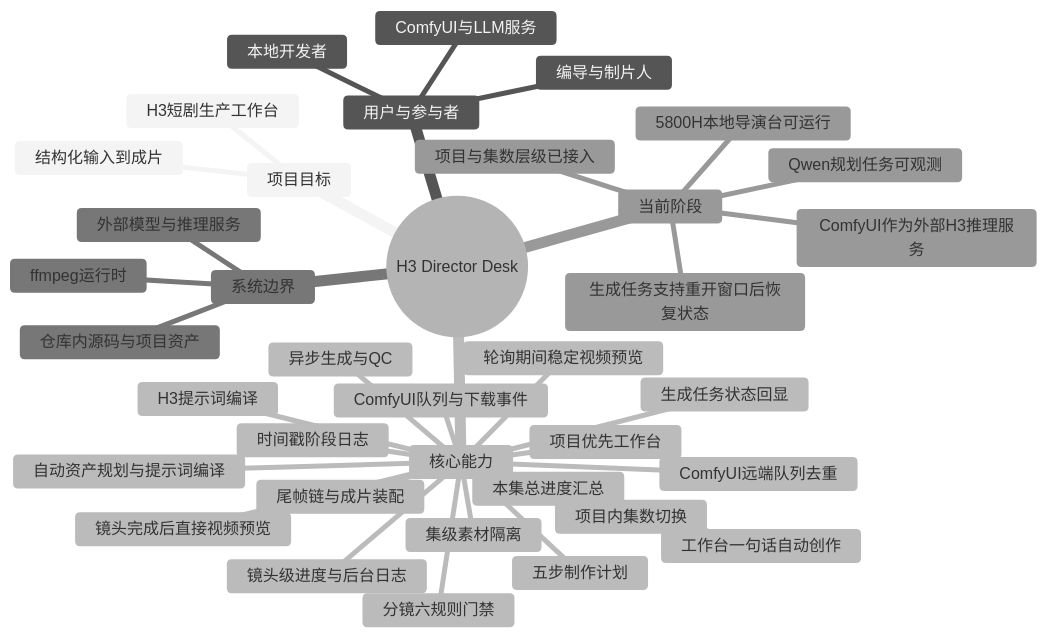
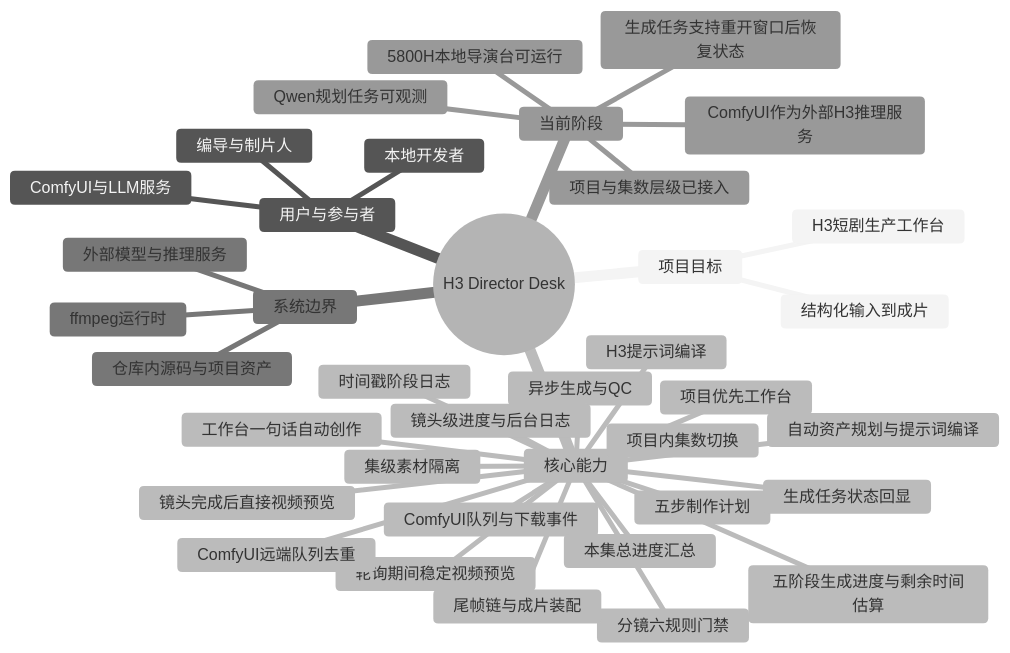
The diagram in docs/project-evolution/mindmaps/project-overview.md (Exalex/h3-director-desk), drawn with Mermaid (neutral theme) before and after one commit. The commit also changed 13 other files, not shown here.

````diff
--- a/docs/project-evolution/mindmaps/project-overview.md
+++ b/docs/project-evolution/mindmaps/project-overview.md
@@ -3,40 +3,41 @@
 ```mermaid
 mindmap
   root((H3 Director Desk))
     项目目标
       H3短剧生产工作台
       结构化输入到成片
     用户与参与者
       编导与制片人
       本地开发者
       ComfyUI与LLM服务
     核心能力
       项目优先工作台
       项目内集数切换
       集级素材隔离
       五步制作计划
       分镜六规则门禁
       H3提示词编译
       异步生成与QC
       生成任务状态回显
       时间戳阶段日志
       ComfyUI队列与下载事件
       轮询期间稳定视频预览
+      五阶段生成进度与剩余时间估算
       ComfyUI远端队列去重
       镜头级进度与后台日志
       本集总进度汇总
       镜头完成后直接视频预览
       工作台一句话自动创作
       自动资产规划与提示词编译
       尾帧链与成片装配
     系统边界
       仓库内源码与项目资产
       外部模型与推理服务
       ffmpeg运行时
     当前阶段
       5800H本地导演台可运行
       项目与集数层级已接入
       Qwen规划任务可观测
       ComfyUI作为外部H3推理服务
       生成任务支持重开窗口后恢复状态
 ```
````
